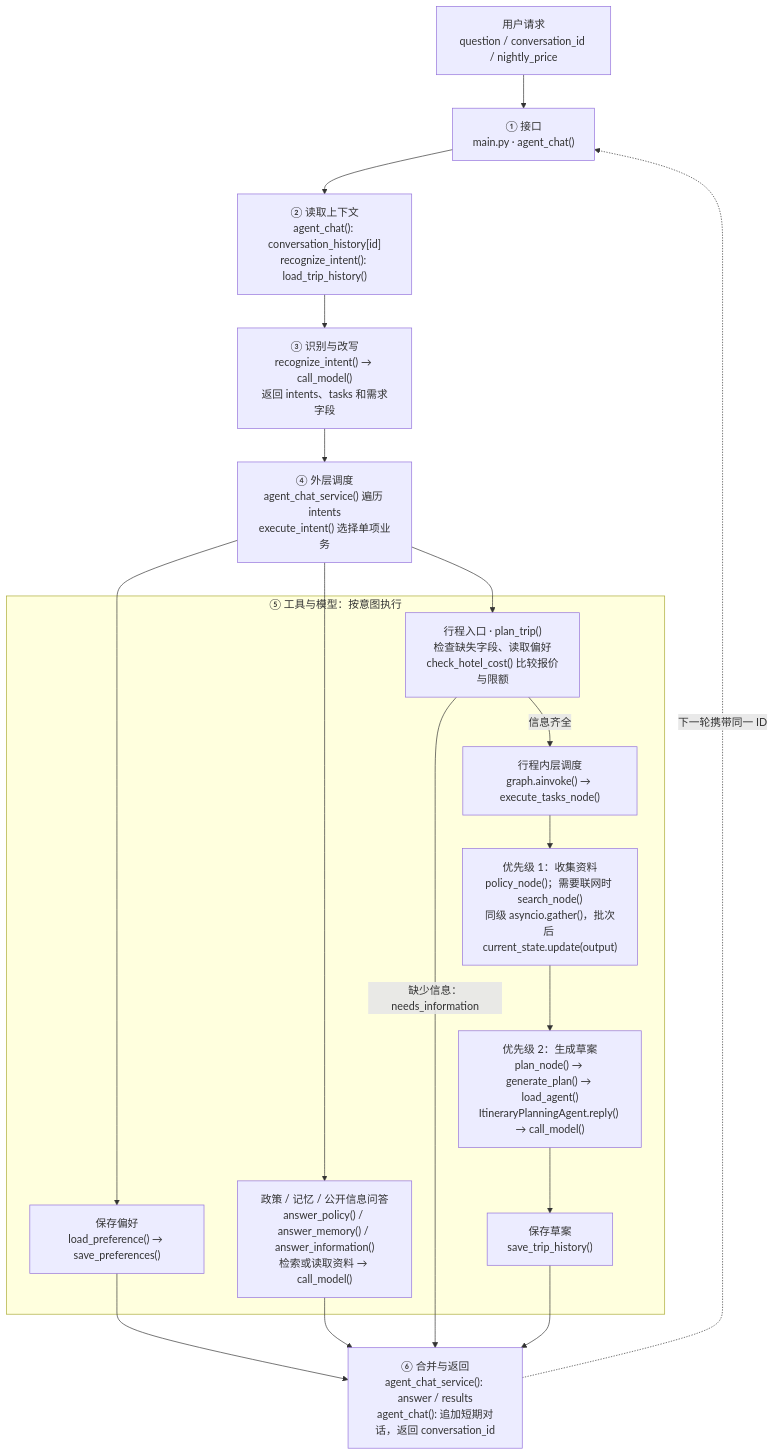
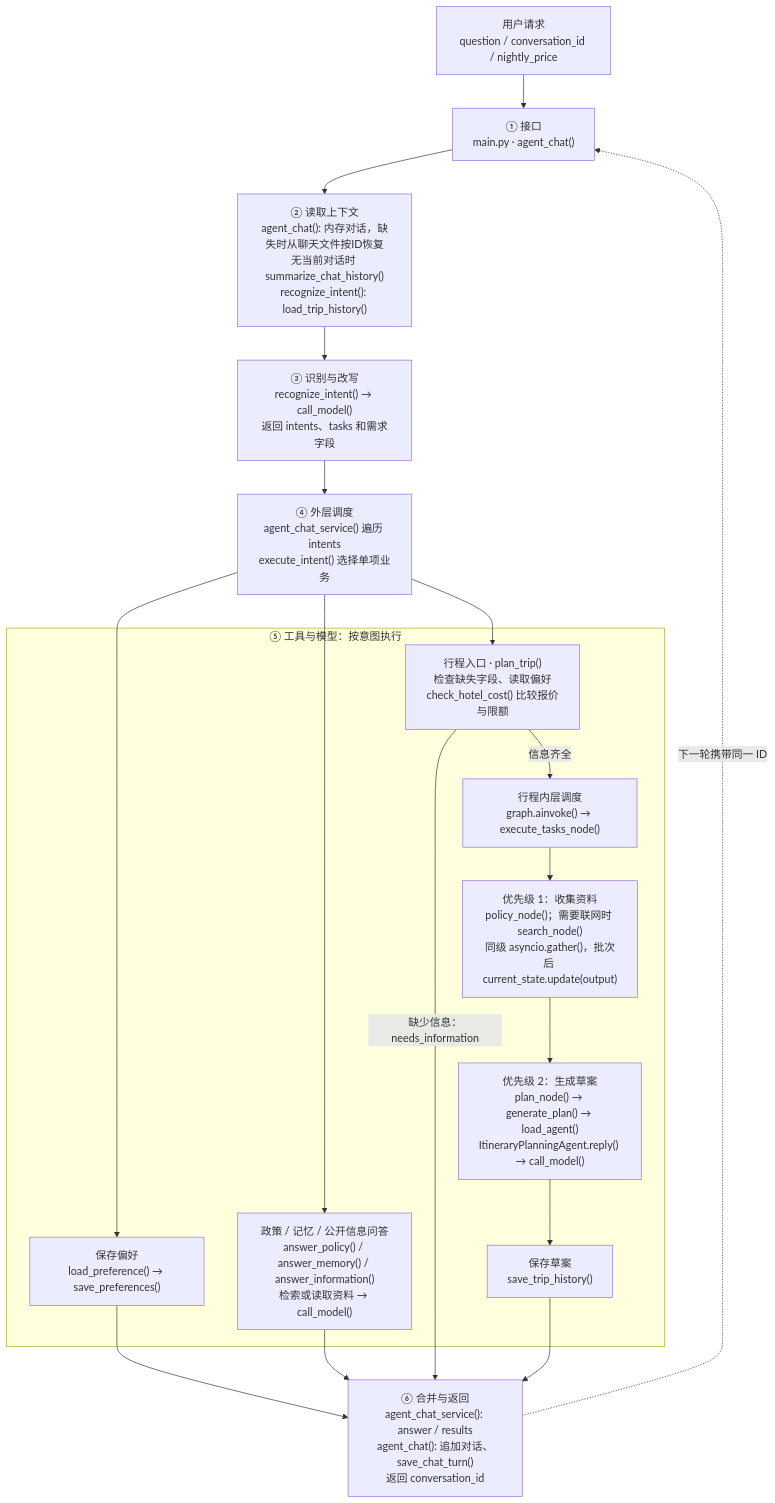
Before and after one commit to YPT-ME-2/trip-agent-practice: the first of 2 diagrams in 项目总览.md, drawn with Mermaid. The commit also changed other lines of this file and 6 other files, not shown here.

````diff
--- a/项目总览.md
+++ b/项目总览.md
@@ -11,29 +11,29 @@
 ```mermaid
 flowchart TD
     U["用户请求<br/>question / conversation_id / nightly_price"]
     A["① 接口<br/>main.py · agent_chat()"]
-    B["② 读取上下文<br/>agent_chat(): conversation_history[id]<br/>recognize_intent(): load_trip_history()"]
+    B["② 读取上下文<br/>agent_chat(): 内存对话，缺失时从聊天文件按ID恢复<br/>无当前对话时 summarize_chat_history()<br/>recognize_intent(): load_trip_history()"]
     C["③ 识别与改写<br/>recognize_intent() → call_model()<br/>返回 intents、tasks 和需求字段"]
     D["④ 外层调度<br/>agent_chat_service() 遍历 intents<br/>execute_intent() 选择单项业务"]
 
     subgraph BUSINESS["⑤ 工具与模型：按意图执行"]
         P["保存偏好<br/>load_preference() → save_preferences()"]
         Q["政策 / 记忆 / 公开信息问答<br/>answer_policy() / answer_memory() / answer_information()<br/>检索或读取资料 → call_model()"]
         T["行程入口 · plan_trip()<br/>检查缺失字段、读取偏好<br/>check_hotel_cost() 比较报价与限额"]
         G["行程内层调度<br/>graph.ainvoke() → execute_tasks_node()"]
         S["优先级 1：收集资料<br/>policy_node()；需要联网时 search_node()<br/>同级 asyncio.gather()，批次后 current_state.update(output)"]
         L["优先级 2：生成草案<br/>plan_node() → generate_plan() → load_agent()<br/>ItineraryPlanningAgent.reply() → call_model()"]
         H["保存草案<br/>save_trip_history()"]
         T -->|信息齐全| G --> S --> L --> H
     end
 
-    R["⑥ 合并与返回<br/>agent_chat_service(): answer / results<br/>agent_chat(): 追加短期对话，返回 conversation_id"]
+    R["⑥ 合并与返回<br/>agent_chat_service(): answer / results<br/>agent_chat(): 追加对话、save_chat_turn()<br/>返回 conversation_id"]
 
     U --> A --> B --> C --> D
     D --> P --> R
     D --> Q --> R
     D --> T
     T -->|缺少信息：needs_information| R
     H --> R
     R -.->|下一轮携带同一 ID| A
 ```
````
